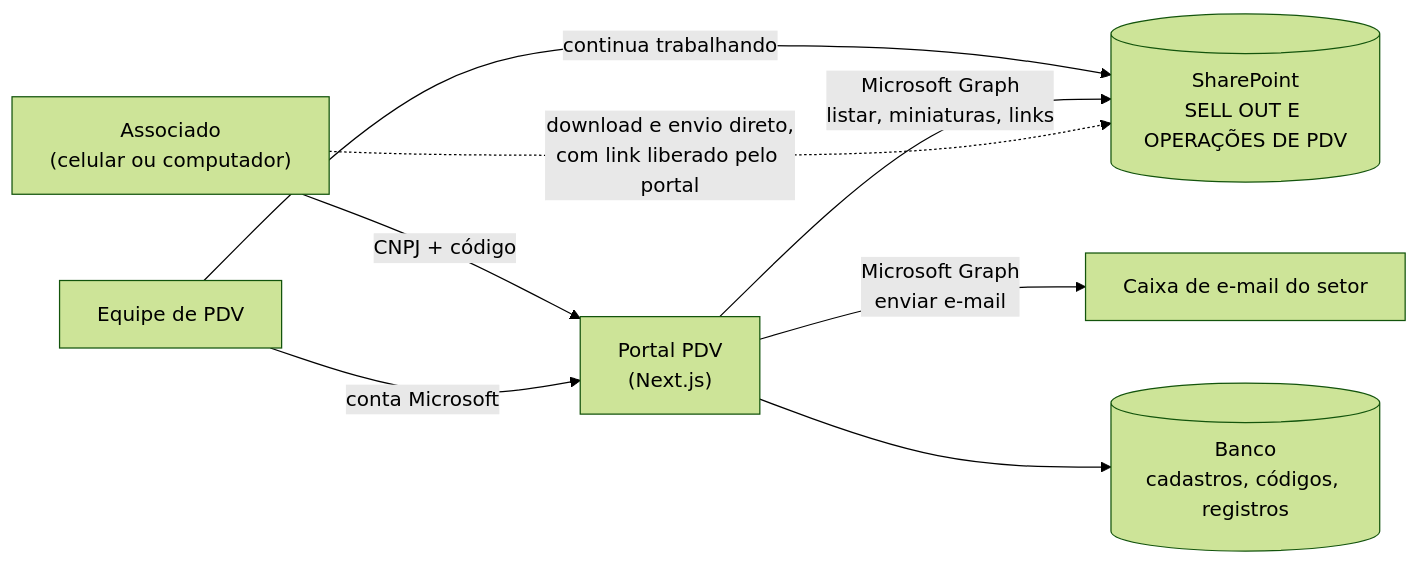
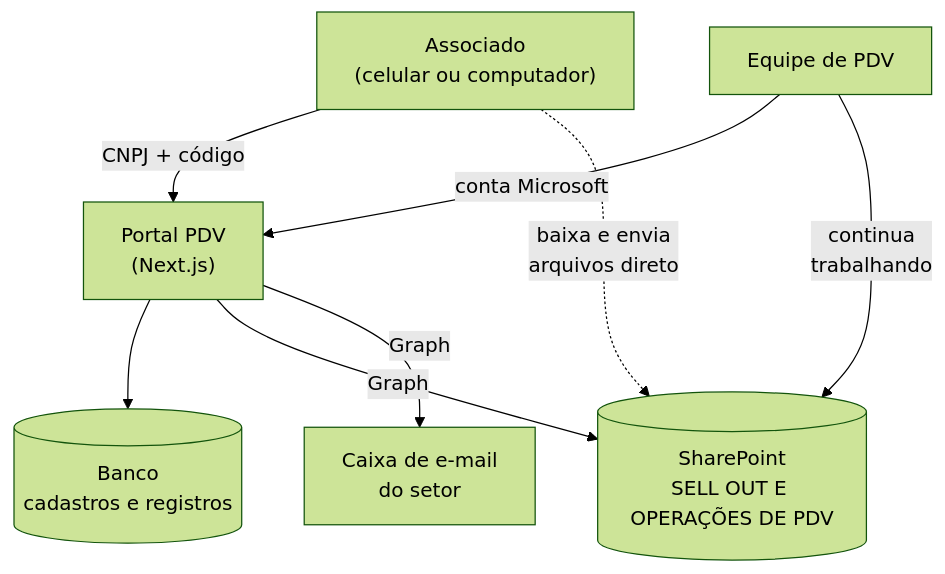
The second of 3 diagrams in docs/documentacao-do-projeto.md (oGuilhermeSoares/PDV---INOVA-O), drawn with Mermaid (forest theme) before and after one commit. The commit also changed other lines of this file, not shown here.

Commit message:
docs: simplifica os diagramas de fluxo atual e de arquitetura

````diff
--- a/docs/documentacao-do-projeto.md
+++ b/docs/documentacao-do-projeto.md
@@ -230,10 +229,16 @@
 ```mermaid
-flowchart LR
-    A["Associado<br/>(celular ou computador)"] -- "CNPJ + código" --> P["Portal PDV<br/>(Next.js)"]
-    E["Equipe de PDV"] -- "conta Microsoft" --> P
-    E -- "continua trabalhando" --> SP[("SharePoint<br/>SELL OUT E OPERAÇÕES DE PDV")]
-    P -- "Microsoft Graph<br/>listar, miniaturas, links" --> SP
-    P -- "Microsoft Graph<br/>enviar e-mail" --> M["Caixa de e-mail do setor"]
-    P --> DB[("Banco<br/>cadastros, códigos, registros")]
-    A -. "download e envio direto,<br/>com link liberado pelo portal" .-> SP
+flowchart TB
+    A["Associado<br/>(celular ou computador)"]
+    E["Equipe de PDV"]
+    P["Portal PDV<br/>(Next.js)"]
+    DB[("Banco<br/>cadastros e registros")]
+    SP[("SharePoint<br/>SELL OUT E OPERAÇÕES DE PDV")]
+    M["Caixa de e-mail<br/>do setor"]
+    A -- "CNPJ + código" --> P
+    E -- "conta Microsoft" --> P
+    P --> DB
+    P -- "Graph" --> SP
+    P -- "Graph" --> M
+    A -. "baixa e envia<br/>arquivos direto" .-> SP
+    E -- "continua<br/>trabalhando" --> SP
 ```
````
